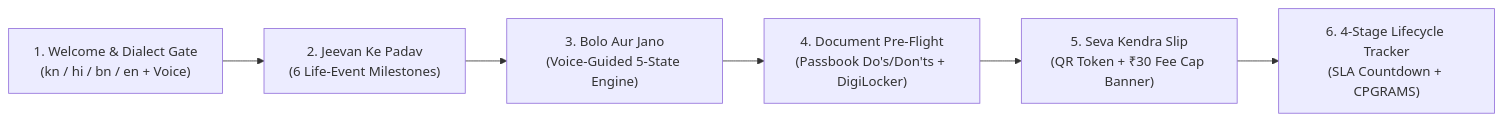
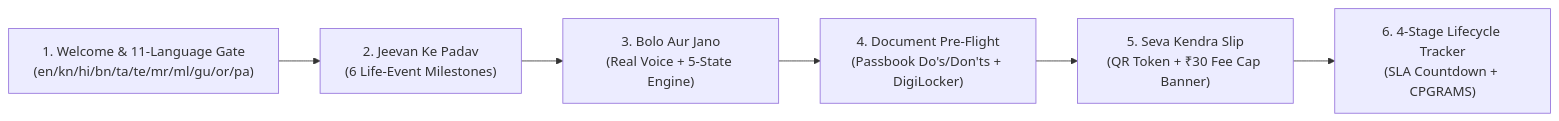
One commit to vachan18/Sahayak changed the diagram in README.md. Above: the diagram before and after it, drawn with Mermaid. The commit also changed other lines of this file, not shown here.

Commit message:
docs(readme): sync README with 11 languages, real voice assistant, 125 tests & logo (#43)

````diff
--- a/README.md
+++ b/README.md
@@ -37,8 +38,8 @@
 ```mermaid
 flowchart LR
-    A["1. Welcome & Dialect Gate<br/>(kn / hi / bn / en + Voice)"] --> B["2. Jeevan Ke Padav<br/>(6 Life-Event Milestones)"]
-    B --> C["3. Bolo Aur Jano<br/>(Voice-Guided 5-State Engine)"]
+    A["1. Welcome & 11-Language Gate<br/>(en/kn/hi/bn/ta/te/mr/ml/gu/or/pa)"] --> B["2. Jeevan Ke Padav<br/>(6 Life-Event Milestones)"]
+    B --> C["3. Bolo Aur Jano<br/>(Real Voice + 5-State Engine)"]
     C --> D["4. Document Pre-Flight<br/>(Passbook Do's/Don'ts + DigiLocker)"]
     D --> E["5. Seva Kendra Slip<br/>(QR Token + ₹30 Fee Cap Banner)"]
     E --> F["6. 4-Stage Lifecycle Tracker<br/>(SLA Countdown + CPGRAMS)"]
 ```
````
